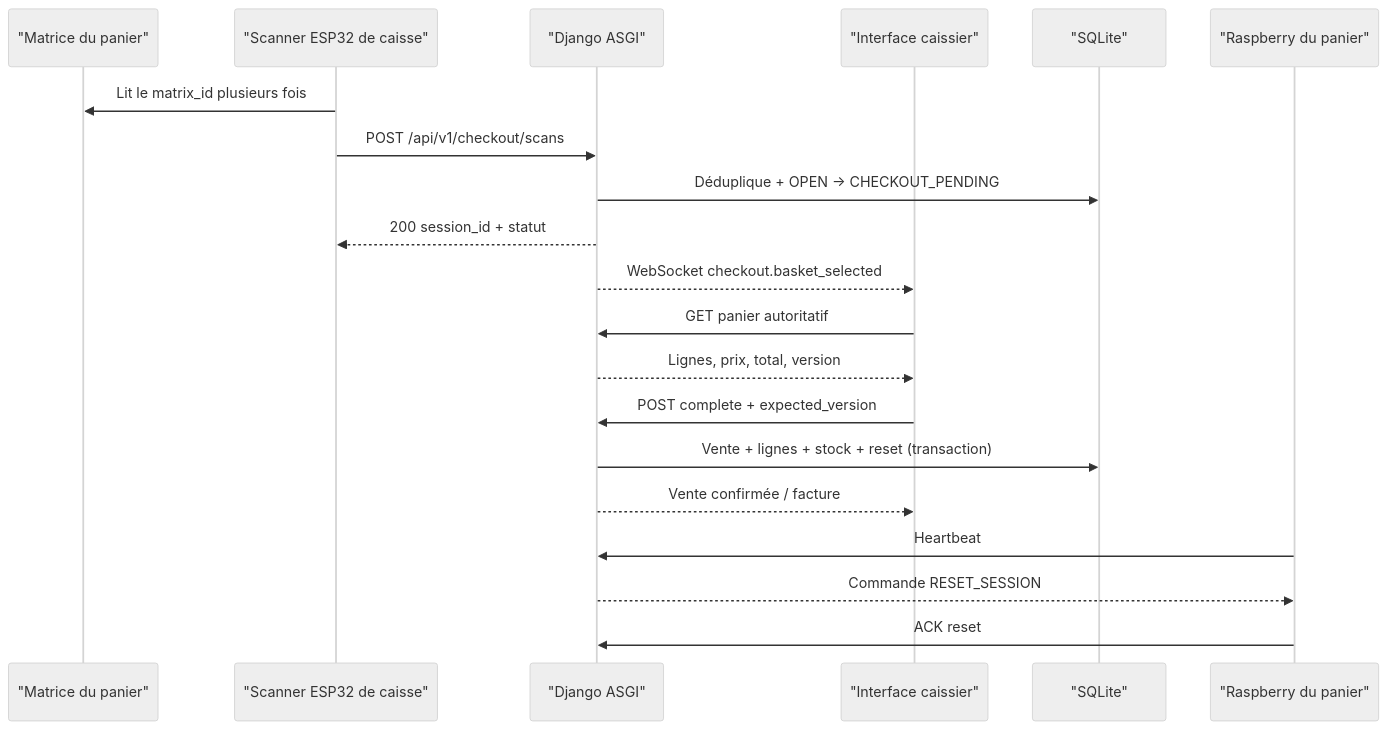
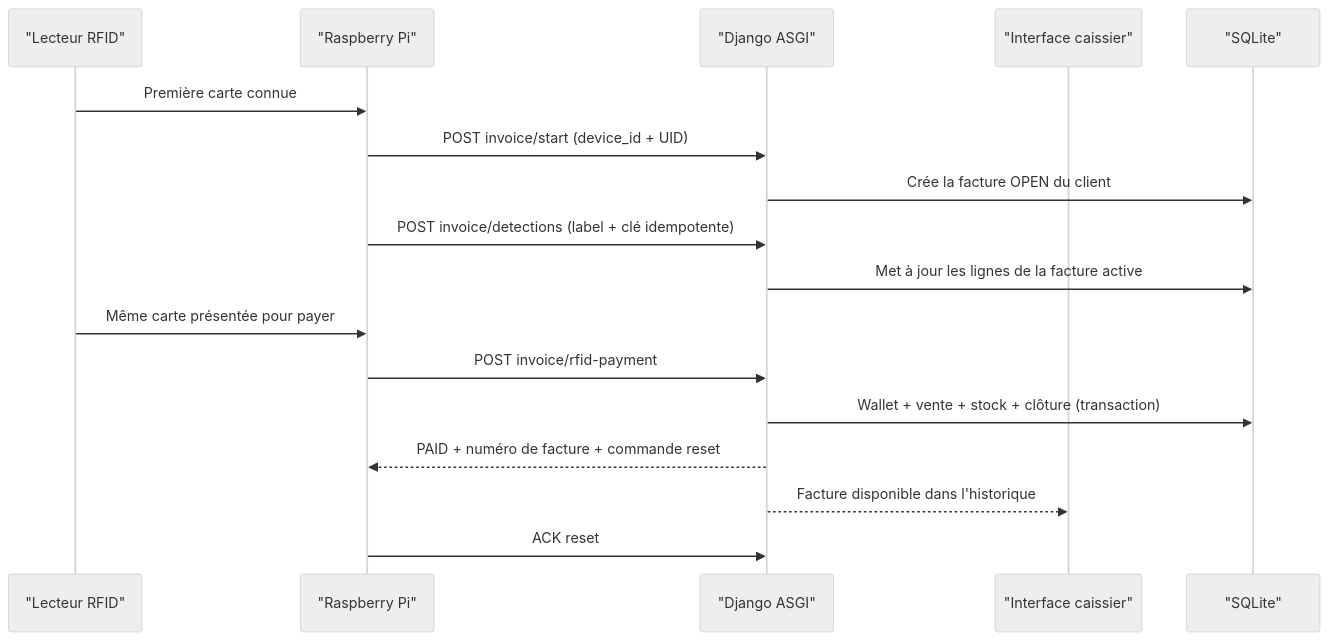
One commit to SteveMav/kitungaai-backend changed the first of 2 diagrams in docs/ARCHITECTURE_KITUNGA.md. Above: the diagram before and after it, drawn with Mermaid (neutral theme). The commit also changed other lines of this file and 29 other files, not shown here.

Commit message:
Refactor device invoice lifecycle

````diff
--- a/docs/ARCHITECTURE_KITUNGA.md
+++ b/docs/ARCHITECTURE_KITUNGA.md
@@ -72,23 +74,20 @@
 ```mermaid
 sequenceDiagram
-    participant Matrix as "Matrice du panier"
-    participant Scanner as "Scanner ESP32 de caisse"
+    participant RFID as "Lecteur RFID"
+    participant Pi as "Raspberry Pi"
     participant Django as "Django ASGI"
     participant UI as "Interface caissier"
     participant DB as "SQLite"
-    participant Pi as "Raspberry du panier"
 
-    Scanner->>Matrix: Lit le matrix_id plusieurs fois
-    Scanner->>Django: POST /api/v1/checkout/scans
-    Django->>DB: Déduplique + OPEN → CHECKOUT_PENDING
-    Django-->>Scanner: 200 session_id + statut
-    Django-->>UI: WebSocket checkout.basket_selected
-    UI->>Django: GET panier autoritatif
-    Django-->>UI: Lignes, prix, total, version
-    UI->>Django: POST complete + expected_version
-    Django->>DB: Vente + lignes + stock + reset (transaction)
-    Django-->>UI: Vente confirmée / facture
-    Pi->>Django: Heartbeat
-    Django-->>Pi: Commande RESET_SESSION
+    RFID->>Pi: Première carte connue
+    Pi->>Django: POST invoice/start (device_id + UID)
+    Django->>DB: Crée la facture OPEN du client
+    Pi->>Django: POST invoice/detections (label + clé idempotente)
+    Django->>DB: Met à jour les lignes de la facture active
+    RFID->>Pi: Même carte présentée pour payer
+    Pi->>Django: POST invoice/rfid-payment
+    Django->>DB: Wallet + vente + stock + clôture (transaction)
+    Django-->>Pi: PAID + numéro de facture + commande reset
+    Django-->>UI: Facture disponible dans l'historique
     Pi->>Django: ACK reset
 ```
````
